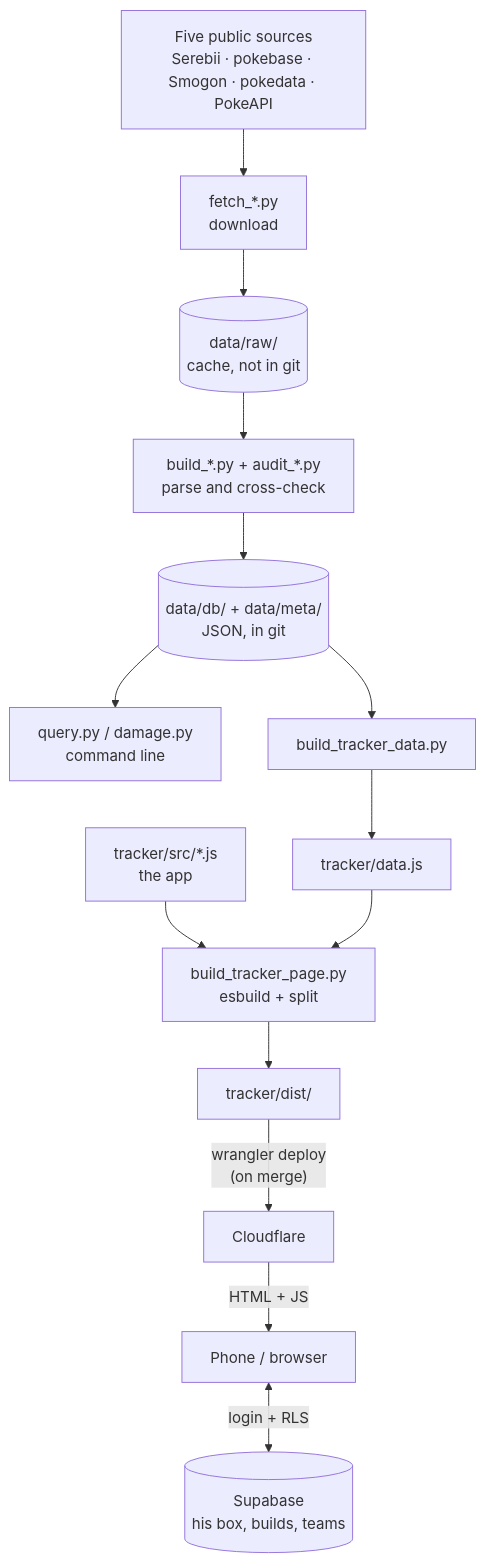
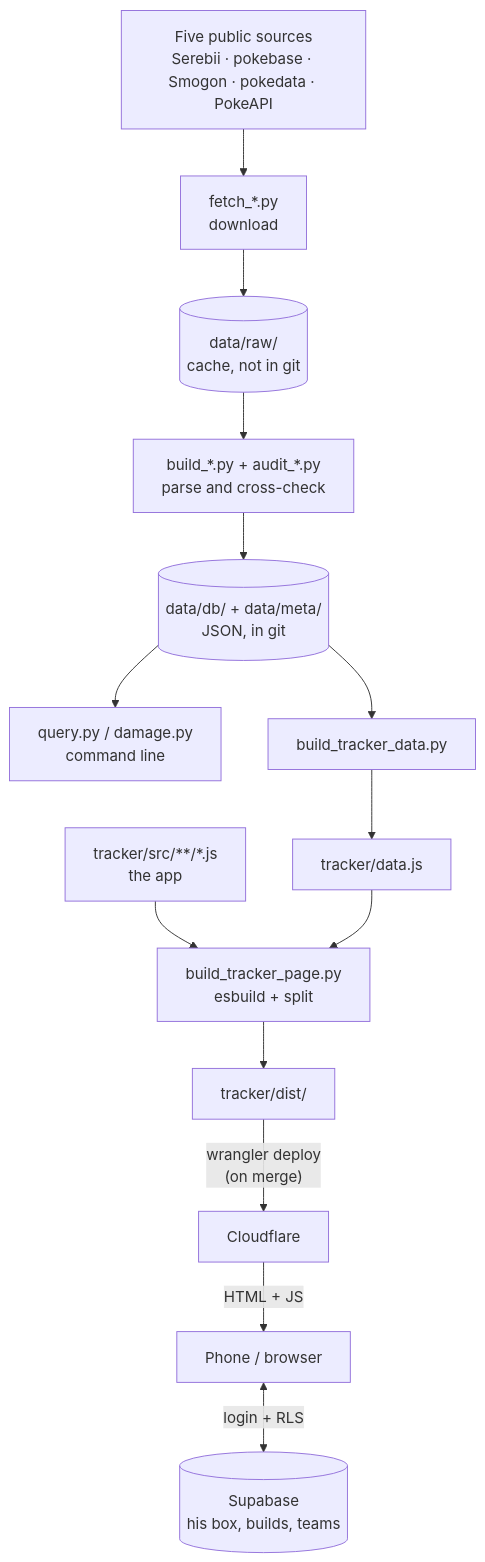
One commit to Cris-Oblea/champions-ledger changed the diagram in docs/ARCHITECTURE.md. Above: the diagram before and after it, drawn with Mermaid. The commit also changed other lines of this file and 40 other files, not shown here.

````diff
--- a/docs/ARCHITECTURE.md
+++ b/docs/ARCHITECTURE.md
@@ -17,16 +17,16 @@
 ```mermaid
 flowchart TB
   SRC["Five public sources<br/>Serebii · pokebase · Smogon · pokedata · PokeAPI"]
   SRC --> F["fetch_*.py<br/>download"]
   F --> RAW[("data/raw/<br/>cache, not in git")]
   RAW --> B["build_*.py + audit_*.py<br/>parse and cross-check"]
   B --> DB[("data/db/ + data/meta/<br/>JSON, in git")]
   DB --> CLI["query.py / damage.py<br/>command line"]
   DB --> TD["build_tracker_data.py"] --> DJS["tracker/data.js"]
-  APP["tracker/src/*.js<br/>the app"] --> TP
+  APP["tracker/src/**/*.js<br/>the app"] --> TP
   DJS --> TP["build_tracker_page.py<br/>esbuild + split"]
   TP --> DIST["tracker/dist/"]
   DIST -->|"wrangler deploy<br/>(on merge)"| CF["Cloudflare"]
   CF -->|"HTML + JS"| PHONE["Phone / browser"]
   PHONE <-->|"login + RLS"| SB[("Supabase<br/>his box, builds, teams")]
 ```
````
